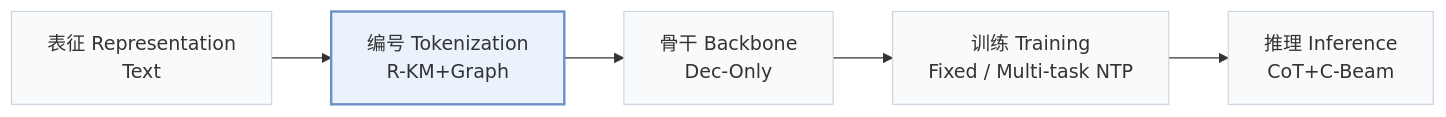
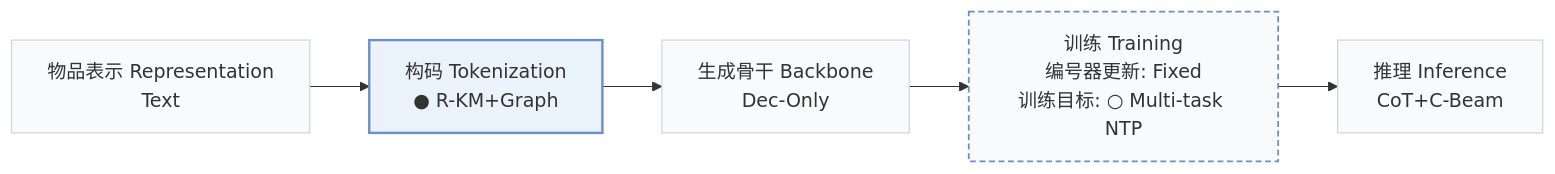
Before and after one commit to Galaxy-ghost/Awesome-SID-Generative-Rec: the first of 2 diagrams in pages/zh/papers/cogrec.md, drawn with Mermaid. The commit also changed other lines of this file and 558 other files, not shown here.

````diff
--- a/pages/zh/papers/cogrec.md
+++ b/pages/zh/papers/cogrec.md
@@ -15,8 +18,10 @@
 ```mermaid
 flowchart LR
-    R["表征 Representation<br/>Text"] --> T["编号 Tokenization<br/>R-KM+Graph"] --> B["骨干 Backbone<br/>Dec-Only"] --> TR["训练 Training<br/>Fixed / Multi-task NTP"] --> I["推理 Inference<br/>CoT+C-Beam"]
+    R["物品表示 Representation<br/>Text"] --> T["构码 Tokenization<br/>● R-KM+Graph"] --> B["生成骨干 Backbone<br/>Dec-Only"] --> TR["训练 Training<br/>编号器更新: Fixed<br/>训练目标: ○ Multi-task NTP"] --> I["推理 Inference<br/>CoT+C-Beam"]
     classDef base fill:#f8fafc,stroke:#cbd5e1
     class R,T,B,TR,I base
+    classDef other fill:#f8fafc,stroke:#6b8fc7,stroke-width:1.5px,stroke-dasharray:5 3
+    class TR other
     classDef main fill:#eaf2fb,stroke:#6b8fc7,stroke-width:2px
     class T main
 ```
````
